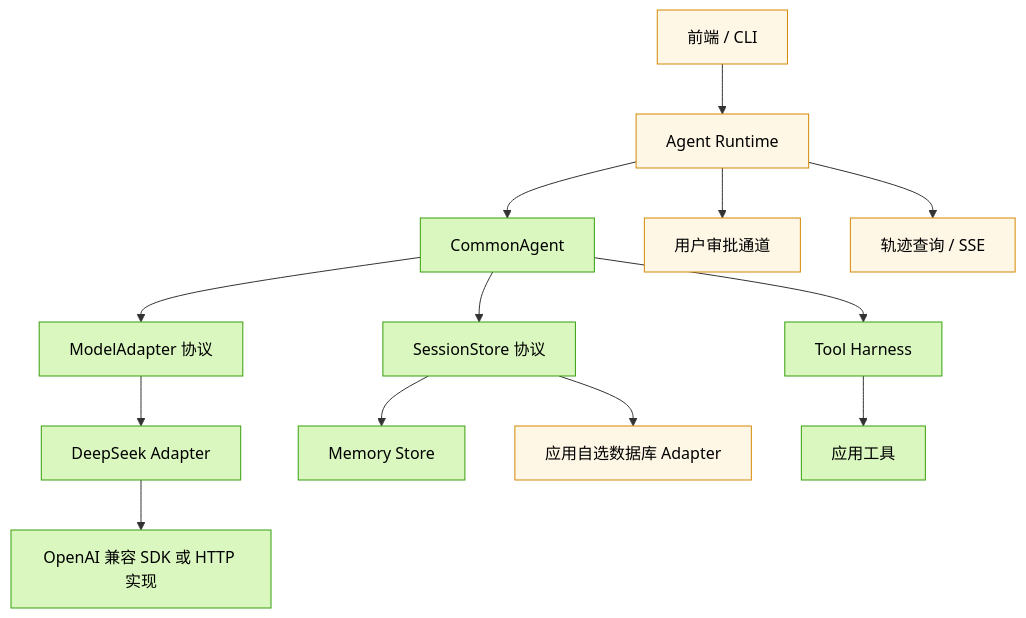
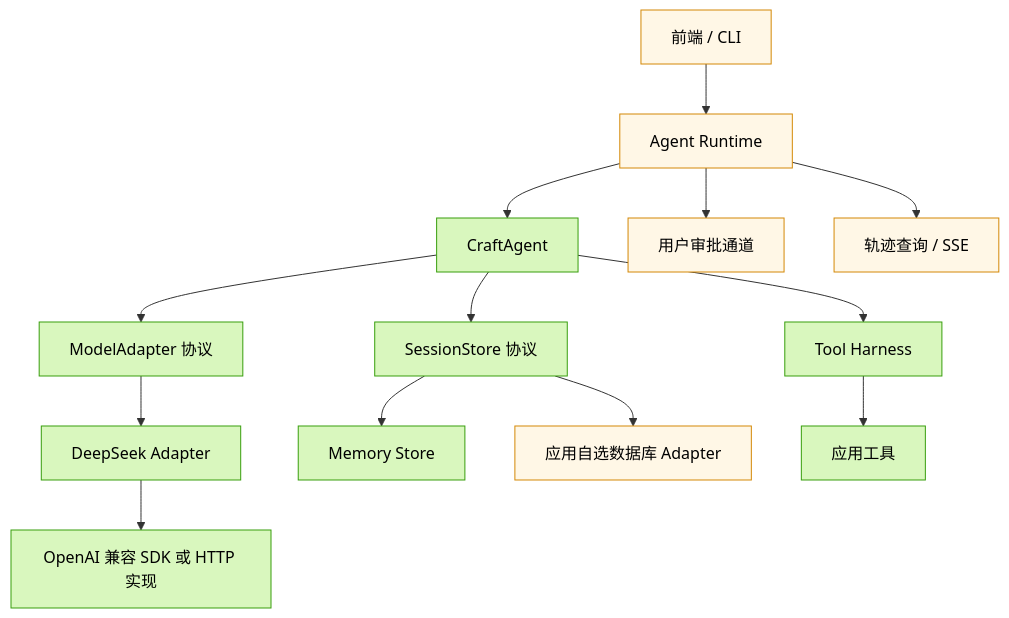
The first of 9 diagrams in docs/learning/tool-harness.md (AlbertE1990/crafteHarness), drawn with Mermaid before and after one commit. The commit also changed other lines of this file and 98 other files, not shown here.

Commit message:
Introduce CraftAgent facade

````diff
--- a/docs/learning/tool-harness.md
+++ b/docs/learning/tool-harness.md
@@ -33,22 +33,22 @@
 ```mermaid
 flowchart TB
   UI[前端 / CLI] --> Runtime[Agent Runtime]
-  Runtime --> Agent[CommonAgent]
+  Runtime --> Agent[CraftAgent]
   Runtime --> Approval[用户审批通道]
   Runtime --> TraceUI[轨迹查询 / SSE]
 
   Agent --> ModelPort[ModelAdapter 协议]
   Agent --> ToolHarness[Tool Harness]
   Agent --> SessionPort[SessionStore 协议]
 
   ModelPort --> DeepSeek[DeepSeek Adapter]
   DeepSeek --> SDK[OpenAI 兼容 SDK 或 HTTP 实现]
   SessionPort --> Memory[Memory Store]
   SessionPort --> Database[应用自选数据库 Adapter]
   ToolHarness --> AppTools[应用工具]
 
   classDef current fill:#d9f7be,stroke:#389e0d,color:#000;
   classDef planned fill:#fff7e6,stroke:#d48806,color:#000;
   class ToolHarness,AppTools,Agent,ModelPort,SessionPort,DeepSeek,SDK,Memory current;
   class UI,Runtime,Approval,TraceUI,Database planned;
 ```
````
